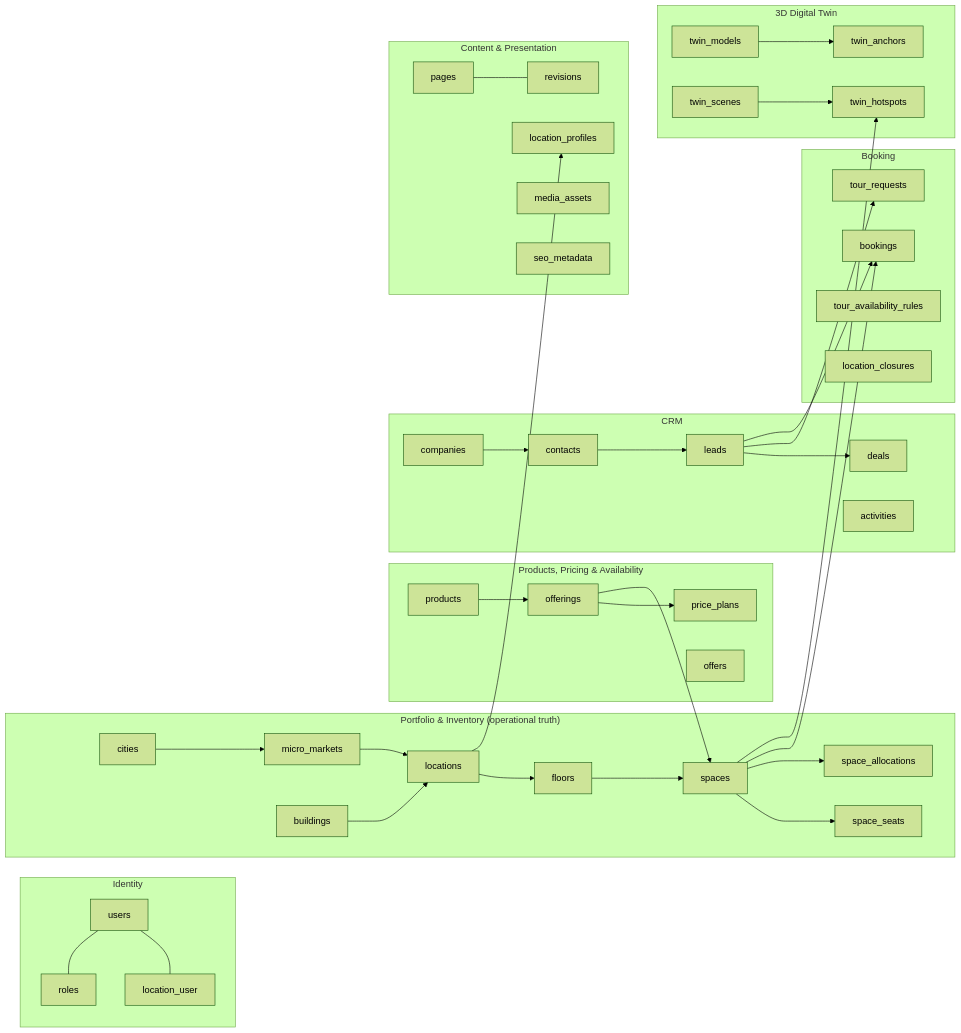
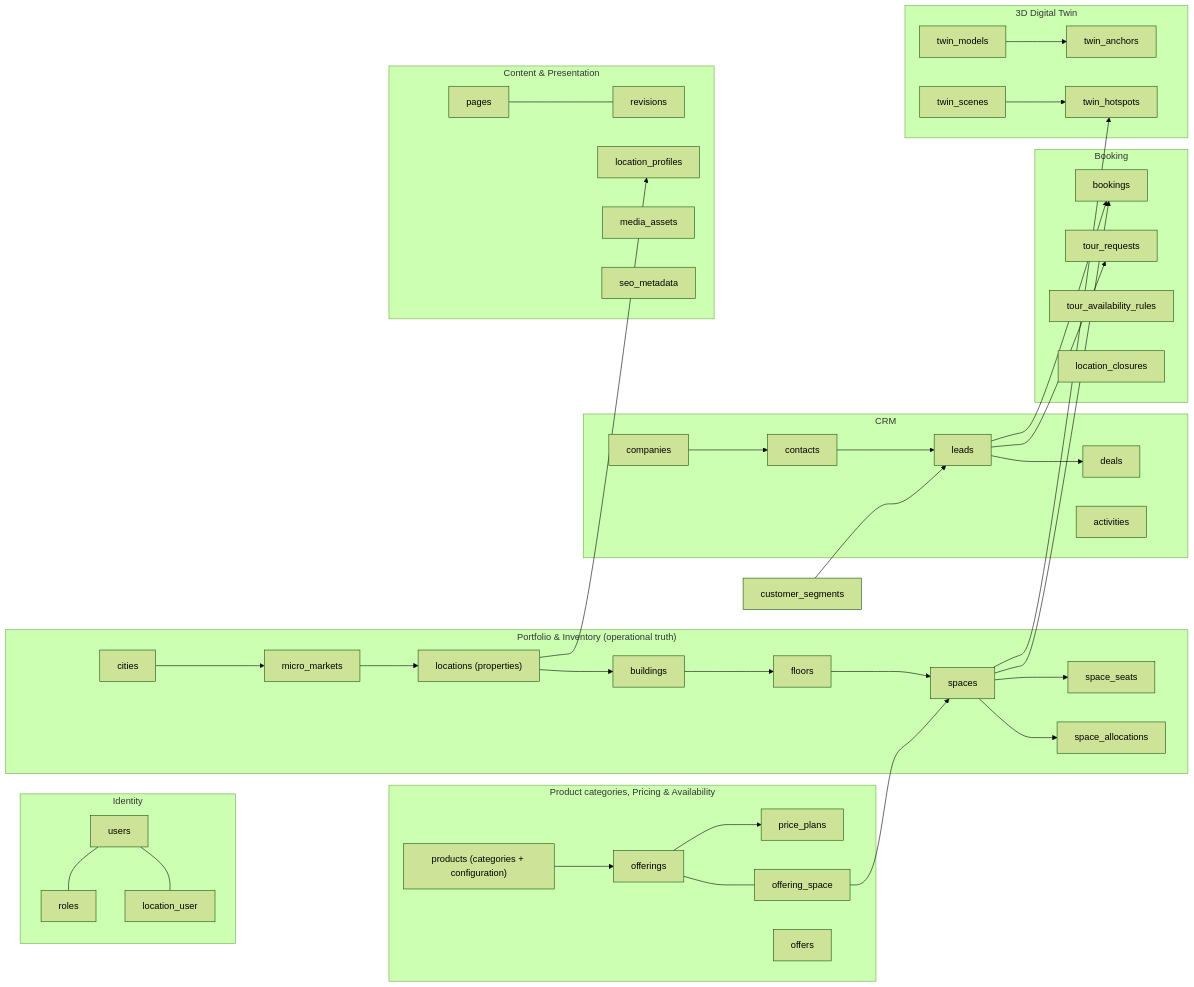
The first of 6 diagrams in docs/architecture/DATABASE_ERD.md (ErSuryaPrakashChamoli/smartgo), drawn with Mermaid (forest theme) before and after one commit. The commit also changed other lines of this file and 26 other files, not shown here.

````diff
--- a/docs/architecture/DATABASE_ERD.md
+++ b/docs/architecture/DATABASE_ERD.md
@@ -33,44 +46,46 @@
 ```mermaid
 flowchart LR
   subgraph Identity
     users --- roles
     users --- location_user
   end
   subgraph Portfolio["Portfolio & Inventory (operational truth)"]
     cities --> micro_markets --> locations
-    buildings --> locations --> floors --> spaces --> space_seats
+    locations["locations (properties)"] --> buildings --> floors --> spaces --> space_seats
     spaces --> space_allocations
   end
-  subgraph Commerce["Products, Pricing & Availability"]
-    products --> offerings
+  subgraph Commerce["Product categories, Pricing & Availability"]
+    products["products (categories + configuration)"] --> offerings
     offerings --> price_plans
+    offerings --- offering_space
     offers
   end
   subgraph Booking
     bookings
     tour_requests
     tour_availability_rules
     location_closures
   end
   subgraph CRM
     contacts --> leads --> deals
     companies --> contacts
     activities
   end
   subgraph Content["Content & Presentation"]
     pages --- revisions
     location_profiles
     media_assets
     seo_metadata
   end
   subgraph Twin["3D Digital Twin"]
     twin_models --> twin_anchors
     twin_scenes --> twin_hotspots
   end
   spaces --> bookings
   spaces --> twin_hotspots
   locations --> location_profiles
   leads --> tour_requests
   leads --> bookings
-  offerings --> spaces
+  offering_space --> spaces
+  customer_segments --> leads
 ```
````
